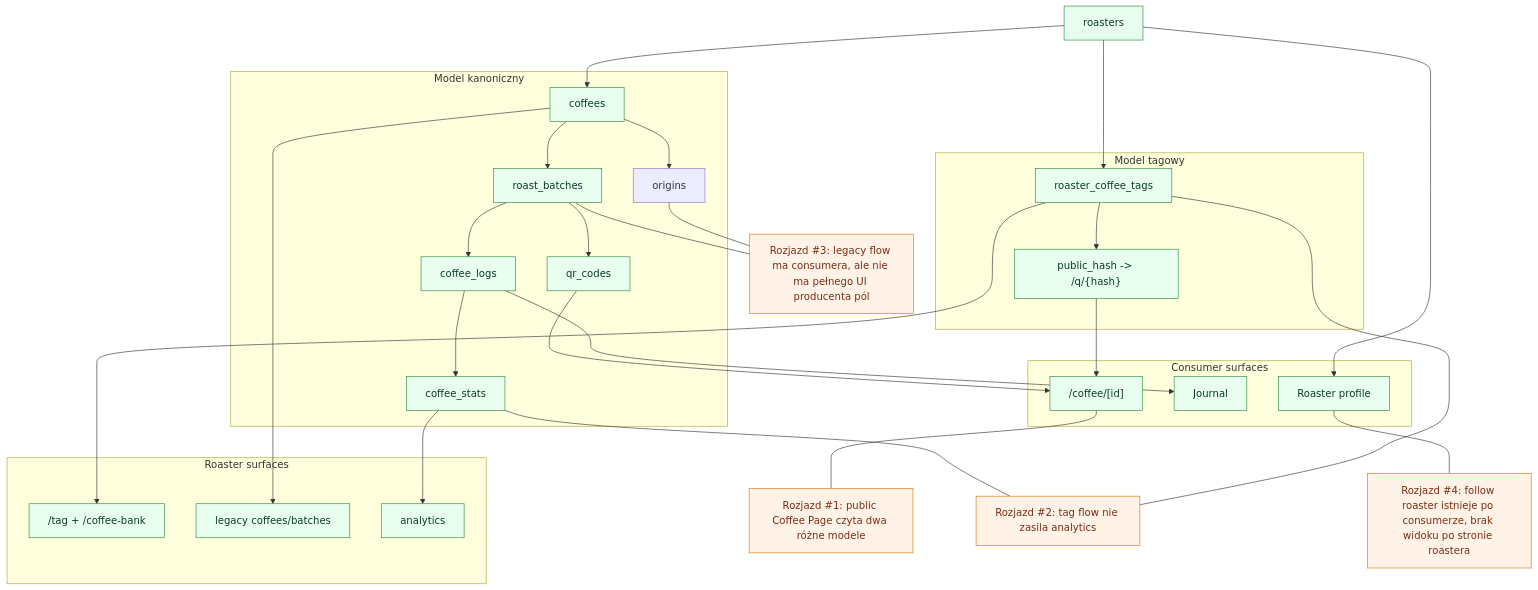
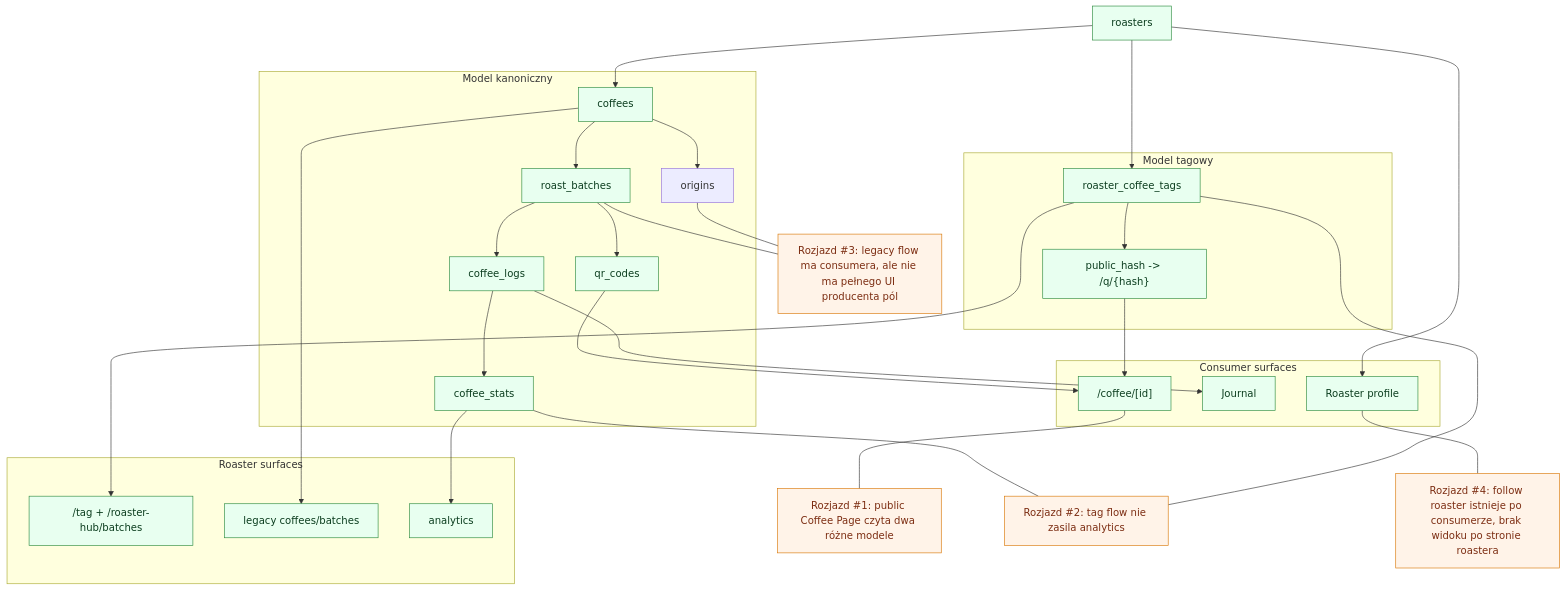
Before and after one commit to pavuloncool/funbrew: the third of 3 diagrams in meta/docs/funcup-web-mobile-data-flow-audit.md, drawn with Mermaid. The commit also changed other lines of this file and 147 other files, not shown here.

````diff
--- a/meta/docs/funcup-web-mobile-data-flow-audit.md
+++ b/meta/docs/funcup-web-mobile-data-flow-audit.md
@@ -271,65 +271,65 @@
 ```mermaid
 flowchart TB
   R["roasters"]
 
   subgraph Canonical["Model kanoniczny"]
     C["coffees"]
     O["origins"]
     B["roast_batches"]
     Q["qr_codes"]
     L["coffee_logs"]
     S["coffee_stats"]
   end
 
   subgraph Tag["Model tagowy"]
     T["roaster_coffee_tags"]
     PH["public_hash -> /q/{hash}"]
   end
 
   subgraph Consumer["Consumer surfaces"]
     CP["/coffee/[id]"]
     JL["Journal"]
     RP["Roaster profile"]
   end
 
   subgraph Roaster["Roaster surfaces"]
-    TG["/tag + /coffee-bank"]
+    TG["/tag + /roaster-hub/batches"]
     LG["legacy coffees/batches"]
     AN["analytics"]
   end
 
   R --> C
   R --> T
   C --> O
   C --> B
   B --> Q
   B --> L
   L --> S
   T --> PH
   PH --> CP
   Q --> CP
   L --> JL
   S --> AN
   T --> TG
   C --> LG
   R --> RP
 
   Gap1["Rozjazd #1: public Coffee Page czyta dwa różne modele"]
   Gap2["Rozjazd #2: tag flow nie zasila analytics"]
   Gap3["Rozjazd #3: legacy flow ma consumera, ale nie ma pełnego UI producenta pól"]
   Gap4["Rozjazd #4: follow roaster istnieje po consumerze, brak widoku po stronie roastera"]
 
   CP --- Gap1
   T --- Gap2
   S --- Gap2
   O --- Gap3
   B --- Gap3
   RP --- Gap4
 
   classDef ok fill:#e8fff0,stroke:#2b8a3e,color:#0b3d1e;
   classDef gap fill:#fff3e8,stroke:#d97706,color:#7c2d12;
   classDef orphan fill:#ffe8e8,stroke:#dc2626,color:#7f1d1d;
 
   class R,C,B,Q,L,S,T,PH,CP,JL,RP,TG,LG,AN ok;
   class Gap1,Gap2,Gap3,Gap4 gap;
 ```
````
